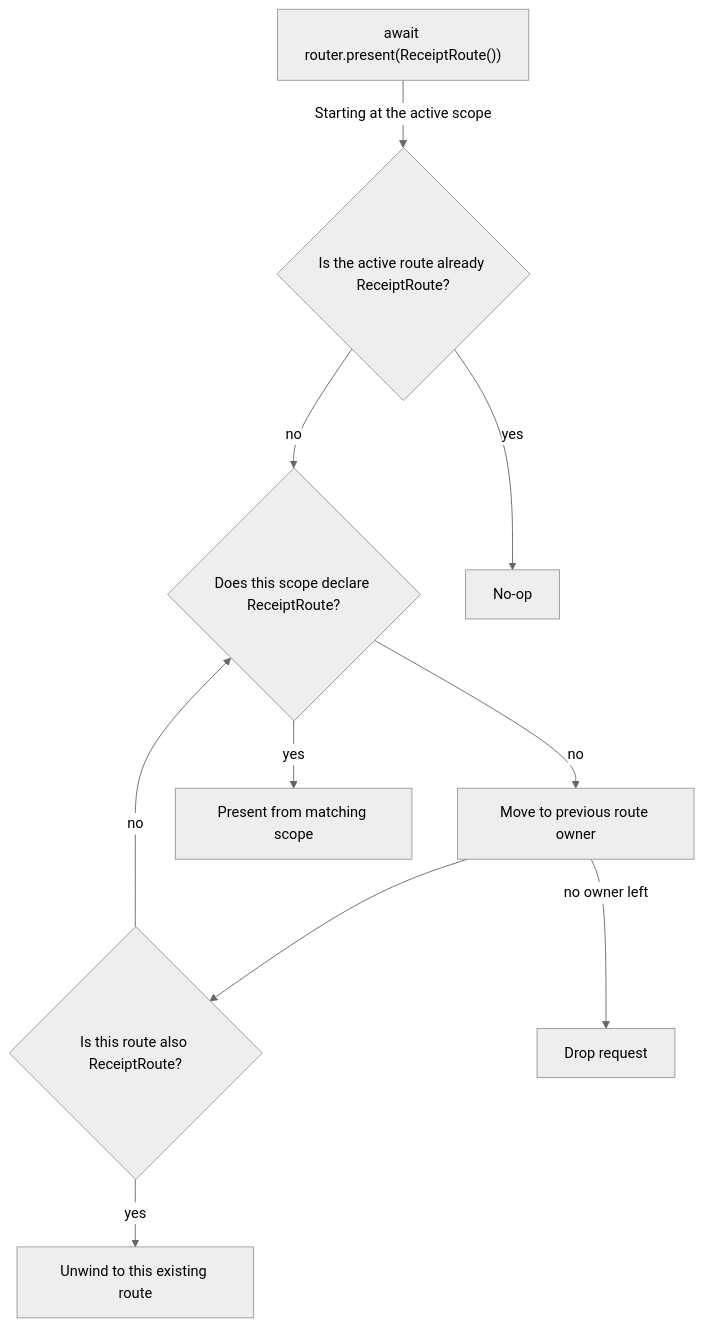
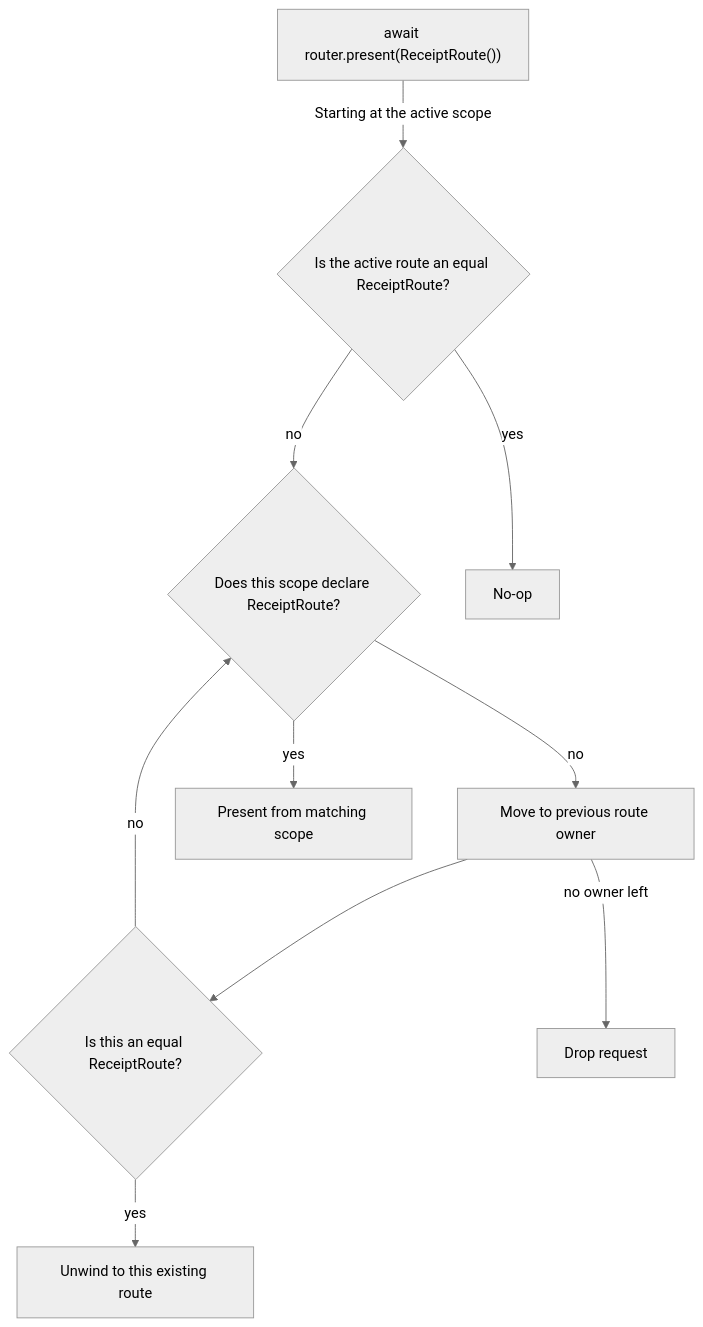
Before and after one commit to mtzaquia/departure: the first of 3 diagrams in README.md, drawn with Mermaid (neutral theme). The commit also changed other lines of this file and 23 other files, not shown here.

````diff
--- a/README.md
+++ b/README.md
@@ -289,21 +289,21 @@
 ```mermaid
 flowchart TD
     request["await router.present(ReceiptRoute())"]
-    current{"Is the active route already ReceiptRoute?"}
+    current{"Is the active route an equal ReceiptRoute?"}
     owns{"Does this scope declare ReceiptRoute?"}
     previous["Move to previous route owner"]
-    sameRoute{"Is this route also ReceiptRoute?"}
+    sameRoute{"Is this an equal ReceiptRoute?"}
     present["Present from matching scope"]
     unwind["Unwind to this existing route"]
     noop["No-op"]
     drop["Drop request"]
 
     request -- Starting at the active scope --> current
     current -- yes --> noop
     current -- no --> owns
     owns -- yes --> present
     owns -- no --> previous --> sameRoute
     sameRoute -- yes --> unwind
     sameRoute -- no --> owns
     previous -- no owner left --> drop
 ```
````
